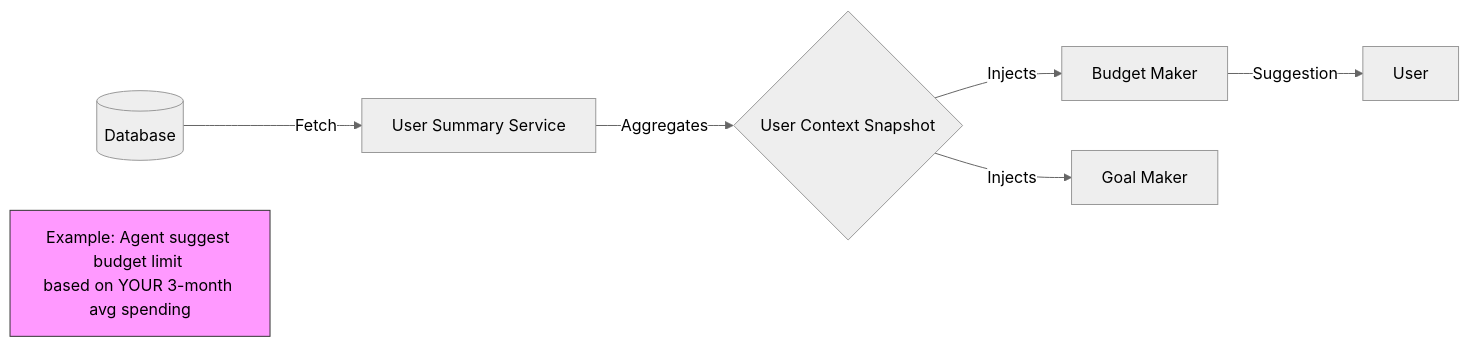
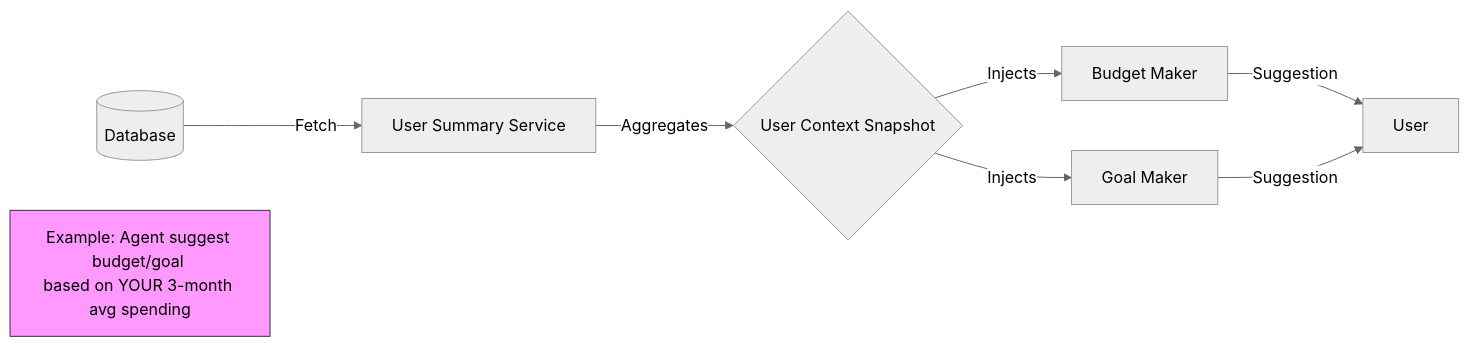
Before and after one commit to Apo-Eclipse/Grad: the second of 4 diagrams in README.md, drawn with Mermaid (neutral theme).

Commit message:
Docs: Update to readme

````diff
--- a/README.md
+++ b/README.md
@@ -71,13 +71,14 @@
 ```mermaid
 graph LR
     DB[(Database)] -->|Fetch| Service[User Summary Service]
     Service -->|Aggregates| Context{User Context Snapshot}
     
     Context -->|Injects| BudgetMaker[Budget Maker]
     Context -->|Injects| GoalMaker[Goal Maker]
     
     BudgetMaker -->|Suggestion| User
+    GoalMaker -->|Suggestion| User
     
-    note[Example: Agent suggest budget limit <br/>based on YOUR 3-month avg spending]
+    note[Example: Agent suggest budget/goal <br/>based on YOUR 3-month avg spending]
     style note fill:#f9f,stroke:#333
 ```
````
